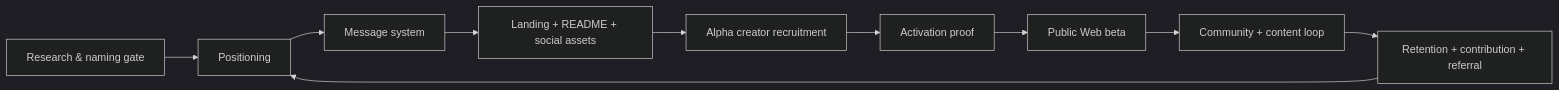
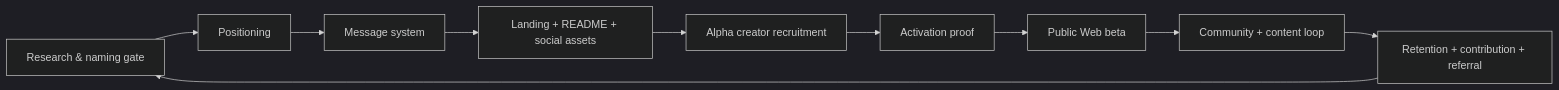
The second of 2 diagrams in docs/marketing/README.md (az1nn/openband), drawn with Mermaid (dark theme) before and after one commit. The commit also changed other lines of this file, not shown here.

````diff
--- a/docs/marketing/README.md
+++ b/docs/marketing/README.md
@@ -67,12 +91,12 @@
 ```mermaid
 flowchart LR
   A[Research & naming gate] --> B[Positioning]
   B --> C[Message system]
   C --> D[Landing + README + social assets]
   D --> E[Alpha creator recruitment]
   E --> F[Activation proof]
   F --> G[Public Web beta]
   G --> H[Community + content loop]
   H --> I[Retention + contribution + referral]
-  I --> B
+  I --> A
 ```
````
